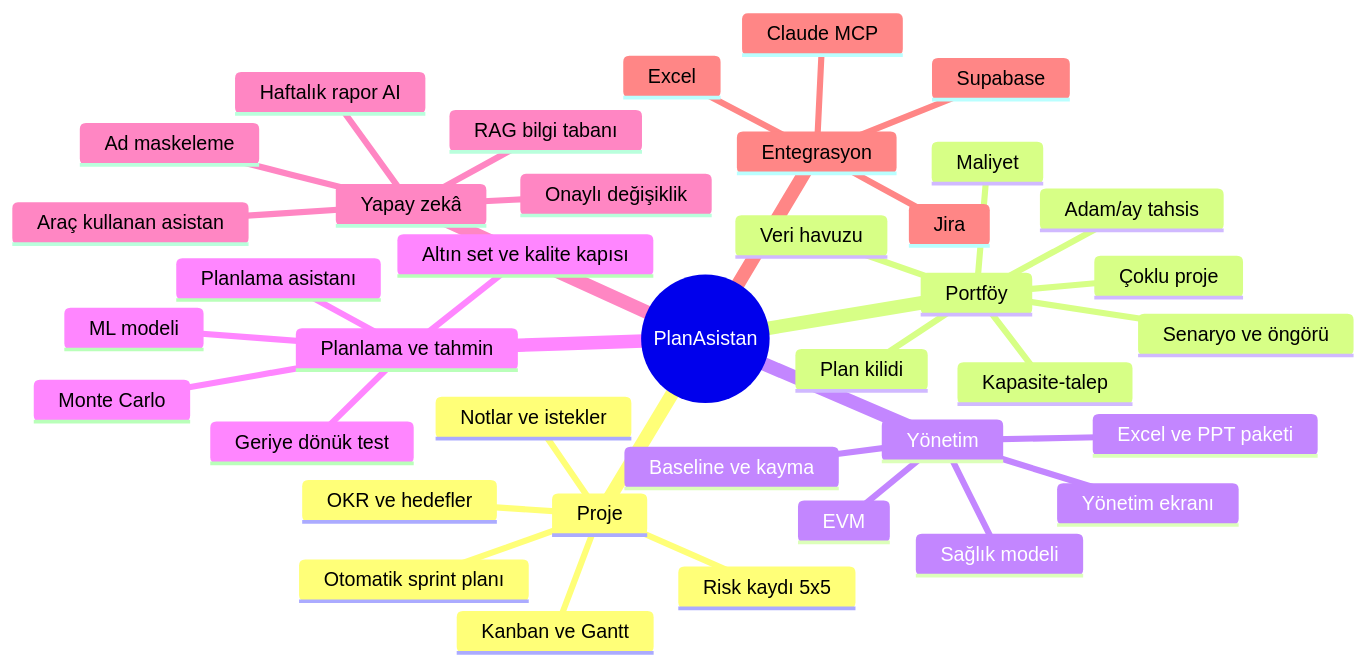
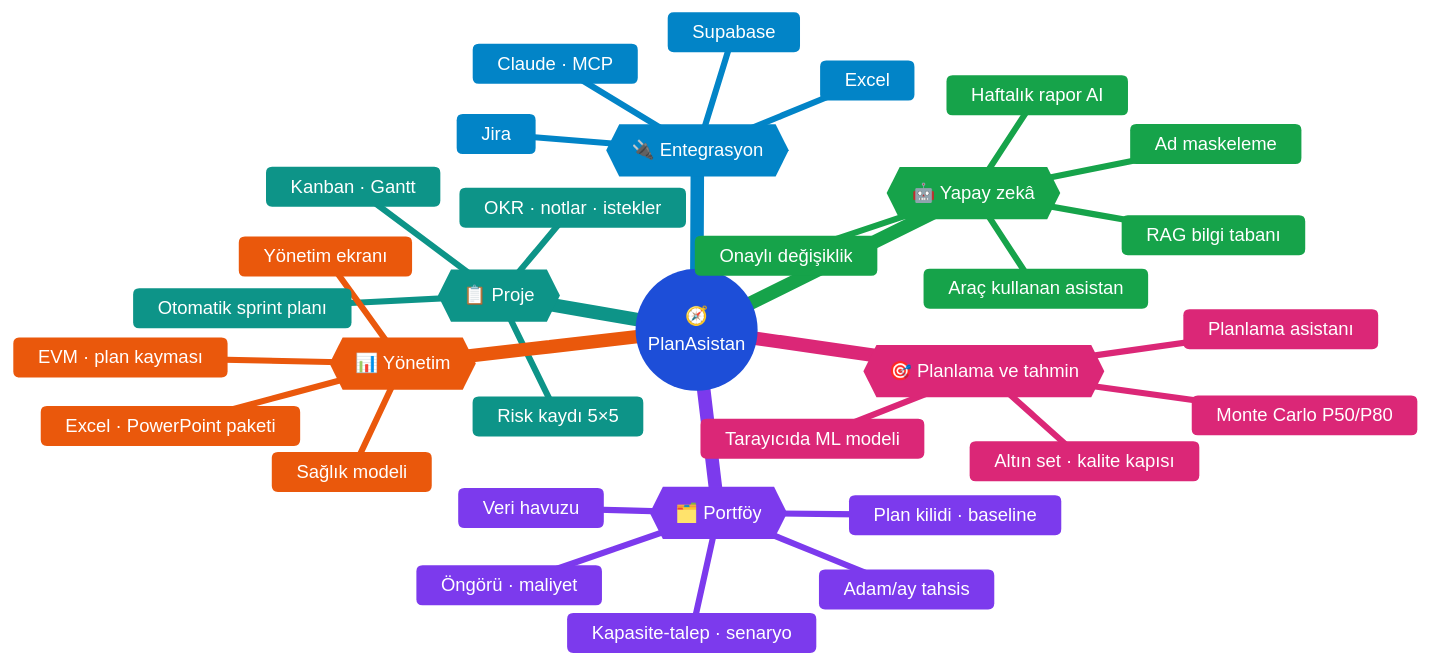
One commit to kaannsckin/pmasistance_mks changed the first of 13 diagrams in README.md. Above: the diagram before and after it, drawn with Mermaid. The commit also changed other lines of this file, not shown here.

````diff
--- a/README.md
+++ b/README.md
@@ -52,41 +52,37 @@
 ```mermaid
+%%{init: {"theme": "base", "themeVariables": {"fontSize": "15px", "primaryColor": "#1e3a8a", "primaryTextColor": "#ffffff", "git0": "#1d4ed8", "gitBranchLabel0": "#ffffff", "cScale0": "#1d4ed8", "cScaleLabel0": "#ffffff", "cScale1": "#0d9488", "cScaleLabel1": "#ffffff", "cScale2": "#7c3aed", "cScaleLabel2": "#ffffff", "cScale3": "#ea580c", "cScaleLabel3": "#ffffff", "cScale4": "#db2777", "cScaleLabel4": "#ffffff", "cScale5": "#16a34a", "cScaleLabel5": "#ffffff", "cScale6": "#0284c7", "cScaleLabel6": "#ffffff"}}}%%
 mindmap
-  root((PlanAsistan))
-    Proje
+  root((🧭<br/>PlanAsistan))
+    {{📋 Proje}}
       Otomatik sprint planı
-      Kanban ve Gantt
-      Risk kaydı 5x5
-      OKR ve hedefler
-      Notlar ve istekler
-    Portföy
-      Çoklu proje
+      Kanban · Gantt
+      Risk kaydı 5×5
+      OKR · notlar · istekler
+    {{🗂️ Portföy}}
       Veri havuzu
       Adam/ay tahsis
-      Plan kilidi
-      Kapasite-talep
-      Senaryo ve öngörü
-      Maliyet
-    Yönetim
+      Plan kilidi · baseline
+      Kapasite-talep · senaryo
+      Öngörü · maliyet
+    {{📊 Yönetim}}
       Yönetim ekranı
       Sağlık modeli
-      EVM
-      Baseline ve kayma
-      Excel ve PPT paketi
-    Planlama ve tahmin
+      EVM · plan kayması
+      Excel · PowerPoint paketi
+    {{🎯 Planlama ve tahmin}}
       Planlama asistanı
-      Monte Carlo
-      ML modeli
-      Geriye dönük test
-      Altın set ve kalite kapısı
-    Yapay zekâ
+      Monte Carlo P50/P80
+      Tarayıcıda ML modeli
+      Altın set · kalite kapısı
+    {{🤖 Yapay zekâ}}
       Araç kullanan asistan
       RAG bilgi tabanı
       Ad maskeleme
       Onaylı değişiklik
       Haftalık rapor AI
-    Entegrasyon
+    {{🔌 Entegrasyon}}
       Jira
       Excel
       Supabase
-      Claude MCP
+      Claude · MCP
 ```
````
